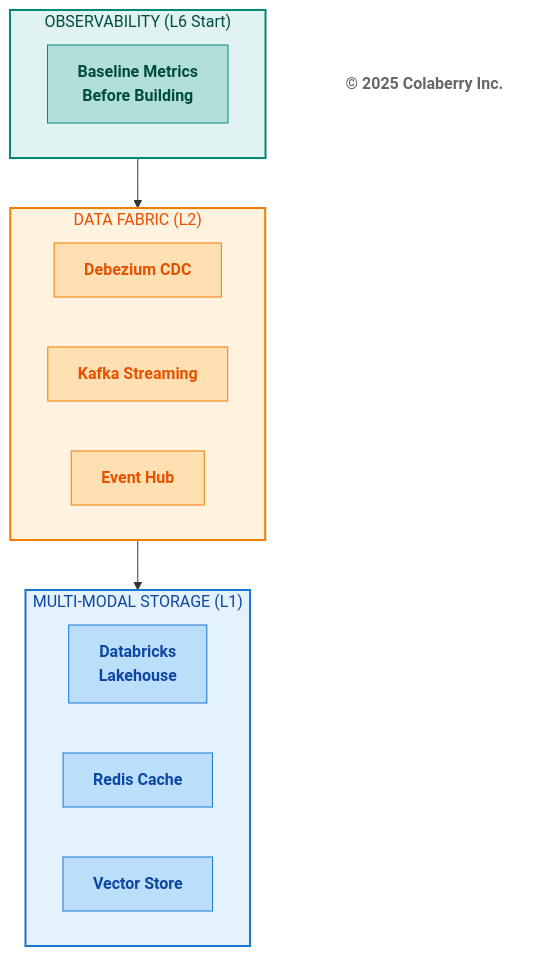
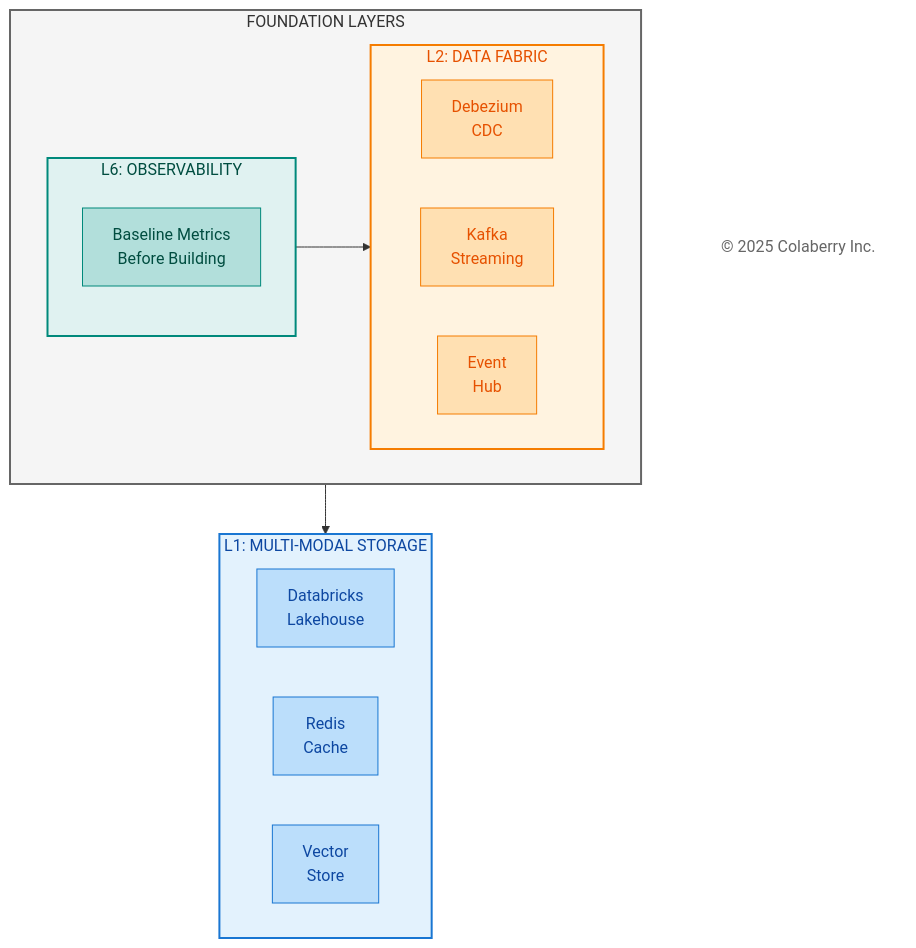
One commit to colaberry/trust-before-intelligence-book changed the fourth of 7 diagrams in manuscript/11_chapter_10_week_by_week_implementation_v1_2.md. Above: the diagram before and after it, drawn with Mermaid.

Commit message:
making diagrams better
making diagrams better

````diff
--- a/manuscript/11_chapter_10_week_by_week_implementation_v1_2.md
+++ b/manuscript/11_chapter_10_week_by_week_implementation_v1_2.md
@@ -348,34 +348,43 @@
 ```mermaid
-graph TD
-    subgraph OBS["OBSERVABILITY (L6 Start)"]
-        O1["<b>Baseline Metrics</b><br/><b>Before Building</b>"]
+
+graph TB
+    subgraph FOUNDATION["FOUNDATION LAYERS"]
+        direction LR
+        subgraph OBS["L6: OBSERVABILITY"]
+            O1["Baseline Metrics<br/>Before Building"]
+        end
+        
+        subgraph FABRIC["L2: DATA FABRIC"]
+            direction LR
+            F1["Debezium<br/>CDC"]
+            F2["Kafka<br/>Streaming"]
+            F3["Event<br/>Hub"]
+        end
     end
     
-    subgraph FABRIC["DATA FABRIC (L2)"]
-        F1["<b>Debezium CDC</b>"]
-        F2["<b>Kafka Streaming</b>"]
-        F3["<b>Event Hub</b>"]
+    subgraph STORAGE["L1: MULTI-MODAL STORAGE"]
+        direction LR
+        S1["Databricks<br/>Lakehouse"]
+        S2["Redis<br/>Cache"]
+        S3["Vector<br/>Store"]
     end
     
-    subgraph STORAGE["MULTI-MODAL STORAGE (L1)"]
-        S1["<b>Databricks</b><br/><b>Lakehouse</b>"]
-        S2["<b>Redis Cache</b>"]
-        S3["<b>Vector Store</b>"]
-    end
+    Copyright["© 2025 Colaberry Inc."]
     
-    OBS --> FABRIC --> STORAGE
+    OBS --> FABRIC
+    FOUNDATION --> STORAGE
     
-    Copyright["<b>© 2025 Colaberry Inc.</b>"]
-    
+    style FOUNDATION fill:#f5f5f5,stroke:#666666,stroke-width:2px,color:#333333
     style OBS fill:#e0f2f1,stroke:#00897b,stroke-width:2px,color:#004d40
     style FABRIC fill:#fff3e0,stroke:#f57c00,stroke-width:2px,color:#e65100
     style STORAGE fill:#e3f2fd,stroke:#1976d2,stroke-width:2px,color:#0d47a1
     style O1 fill:#b2dfdb,stroke:#00897b,color:#004d40
     style F1 fill:#ffe0b2,stroke:#f57c00,color:#e65100
     style F2 fill:#ffe0b2,stroke:#f57c00,color:#e65100
     style F3 fill:#ffe0b2,stroke:#f57c00,color:#e65100
     style S1 fill:#bbdefb,stroke:#1976d2,color:#0d47a1
     style S2 fill:#bbdefb,stroke:#1976d2,color:#0d47a1
     style S3 fill:#bbdefb,stroke:#1976d2,color:#0d47a1
     style Copyright fill:#ffffff,stroke:none,color:#666666
+
 ```
````
